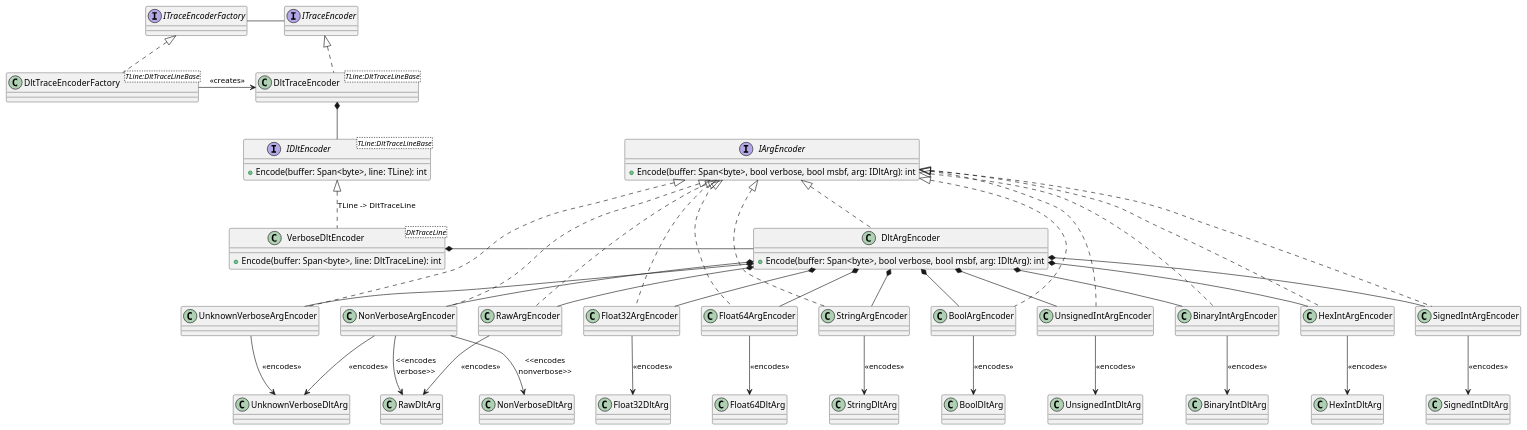
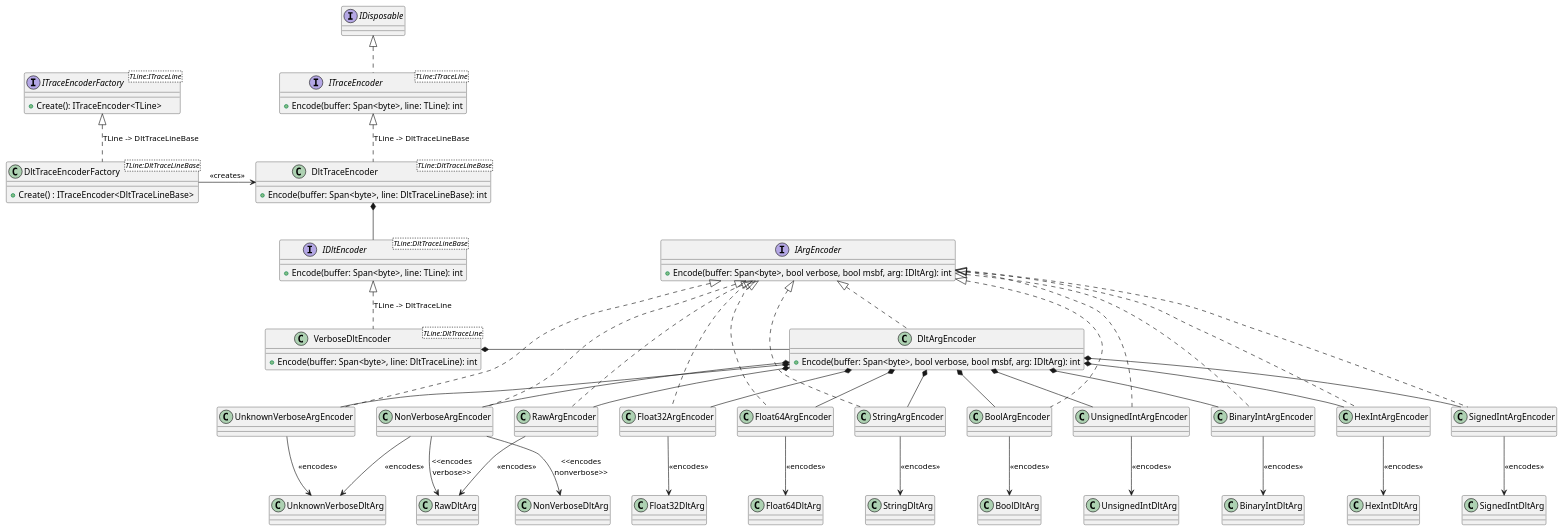
The diagram in TraceReader.Dlt/docs/diagrams/Dlt.WriterEncoder.plantuml (jcurl/RJCP.DLL.Log), drawn with PlantUML before and after one commit. The commit also changed 27 other files, not shown here.

First line of the commit message:
DLT Writer: Implement Encoder Factories

```diff
--- a/TraceReader.Dlt/docs/diagrams/Dlt.WriterEncoder.plantuml
+++ b/TraceReader.Dlt/docs/diagrams/Dlt.WriterEncoder.plantuml
@@ -1,86 +1,97 @@
 @startuml DLT.WriterEncoder
-interface ITraceEncoder
-interface ITraceEncoderFactory
+interface IDisposable
 
-ITraceEncoderFactory -r- ITraceEncoder
+interface ITraceEncoder<TLine:ITraceLine> {
+    +Encode(buffer: Span<byte>, line: TLine): int
+}
+IDisposable <|.d. ITraceEncoder
 
-class DltTraceEncoderFactory<TLine:DltTraceLineBase>
-ITraceEncoderFactory <|.d. DltTraceEncoderFactory
+interface ITraceEncoderFactory<TLine:ITraceLine> {
+    +Create(): ITraceEncoder<TLine>
+}
 
-class DltTraceEncoder<TLine:DltTraceLineBase>
-ITraceEncoder <|.d. DltTraceEncoder
+class DltTraceEncoderFactory<TLine:DltTraceLineBase> {
+    +Create() : ITraceEncoder<DltTraceLineBase>
+}
+ITraceEncoderFactory <|.d. DltTraceEncoderFactory : TLine -> DltTraceLineBase
 
+class DltTraceEncoder<TLine:DltTraceLineBase> {
+    +Encode(buffer: Span<byte>, line: DltTraceLineBase): int
+}
+ITraceEncoder <|.d. DltTraceEncoder : TLine -> DltTraceLineBase
 DltTraceEncoderFactory -r-> DltTraceEncoder : <<creates>>
 
 interface IDltEncoder<TLine:DltTraceLineBase> {
-    +Encode(buffer: Span<byte>, line: TLine): int
+   +Encode(buffer: Span<byte>, line: TLine): int
 }
-class VerboseDltEncoder<DltTraceLine> {
+
+class VerboseDltEncoder<TLine:DltTraceLine> {
     +Encode(buffer: Span<byte>, line: DltTraceLine): int
 }
 IDltEncoder <|.d. VerboseDltEncoder : TLine -> DltTraceLine
 
 interface IArgEncoder {
     +Encode(buffer: Span<byte>, bool verbose, bool msbf, arg: IDltArg): int
 }
+
 class DltArgEncoder {
     +Encode(buffer: Span<byte>, bool verbose, bool msbf, arg: IDltArg): int
 }
 IArgEncoder <|.d. DltArgEncoder
 VerboseDltEncoder *-r- DltArgEncoder
 
 class BoolArgEncoder
 together {
-  class BinaryIntArgEncoder
-  class HexIntArgEncoder
-  class SignedIntArgEncoder
-  class UnsignedIntArgEncoder
+    class BinaryIntArgEncoder
+    class HexIntArgEncoder
+    class SignedIntArgEncoder
+    class UnsignedIntArgEncoder
 }
 together {
-  class Float32ArgEncoder
-  class Float64ArgEncoder
+    class Float32ArgEncoder
+    class Float64ArgEncoder
 }
 class StringArgEncoder
 class RawArgEncoder
 class NonVerboseArgEncoder
 class UnknownVerboseArgEncoder
 IArgEncoder <|..d. BinaryIntArgEncoder
 IArgEncoder <|..d. HexIntArgEncoder
 IArgEncoder <|..d. SignedIntArgEncoder
 IArgEncoder <|..d. UnsignedIntArgEncoder
 IArgEncoder <|..d. BoolArgEncoder
 IArgEncoder <|..d. Float32ArgEncoder
 IArgEncoder <|..d. Float64ArgEncoder
 IArgEncoder <|..d. RawArgEncoder
 IArgEncoder <|..d. StringArgEncoder
 IArgEncoder <|..d. NonVerboseArgEncoder
 IArgEncoder <|..d. UnknownVerboseArgEncoder
 
 DltArgEncoder *-d- BinaryIntArgEncoder
 DltArgEncoder *-d- HexIntArgEncoder
 DltArgEncoder *-d- SignedIntArgEncoder
 DltArgEncoder *-d- UnsignedIntArgEncoder
 DltArgEncoder *-d- BoolArgEncoder
 DltArgEncoder *-d- Float32ArgEncoder
 DltArgEncoder *-d- Float64ArgEncoder
 DltArgEncoder *-d- RawArgEncoder
 DltArgEncoder *-d- StringArgEncoder
 DltArgEncoder *-d- NonVerboseArgEncoder
 DltArgEncoder *-d- UnknownVerboseArgEncoder
 
 DltTraceEncoder *-d- IDltEncoder
 
 BinaryIntArgEncoder -d-> BinaryIntDltArg : <<encodes>>
 HexIntArgEncoder -d-> HexIntDltArg : <<encodes>>
 SignedIntArgEncoder -d-> SignedIntDltArg : <<encodes>>
 UnsignedIntArgEncoder -d-> UnsignedIntDltArg : <<encodes>>
 BoolArgEncoder -d-> BoolDltArg : <<encodes>>
 Float32ArgEncoder -d-> Float32DltArg : <<encodes>>
 Float64ArgEncoder -d-> Float64DltArg : <<encodes>>
 StringArgEncoder -d-> StringDltArg : <<encodes>>
 RawArgEncoder -d-> RawDltArg : <<encodes>>
 NonVerboseArgEncoder -d-> RawDltArg : <<encodes\nverbose>>
 NonVerboseArgEncoder -d-> NonVerboseDltArg : <<encodes\nnonverbose>>
 NonVerboseArgEncoder -d-> UnknownVerboseDltArg : <<encodes>>
 UnknownVerboseArgEncoder -d-> UnknownVerboseDltArg : <<encodes>>
 @enduml
```
